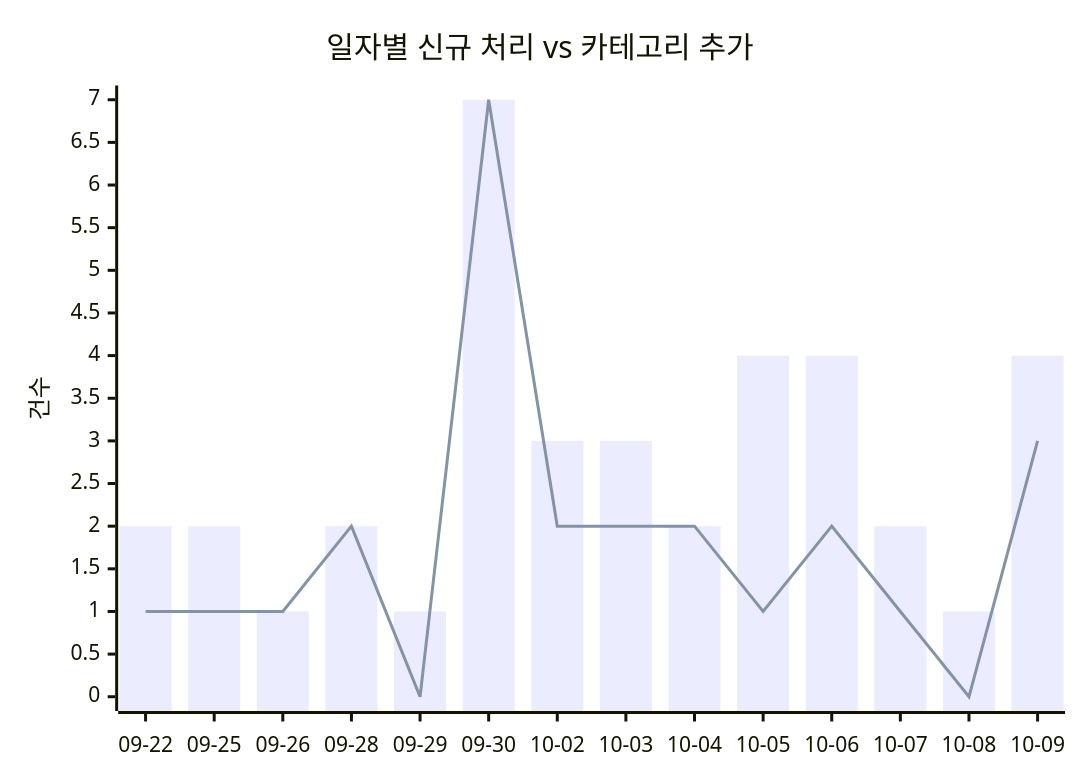
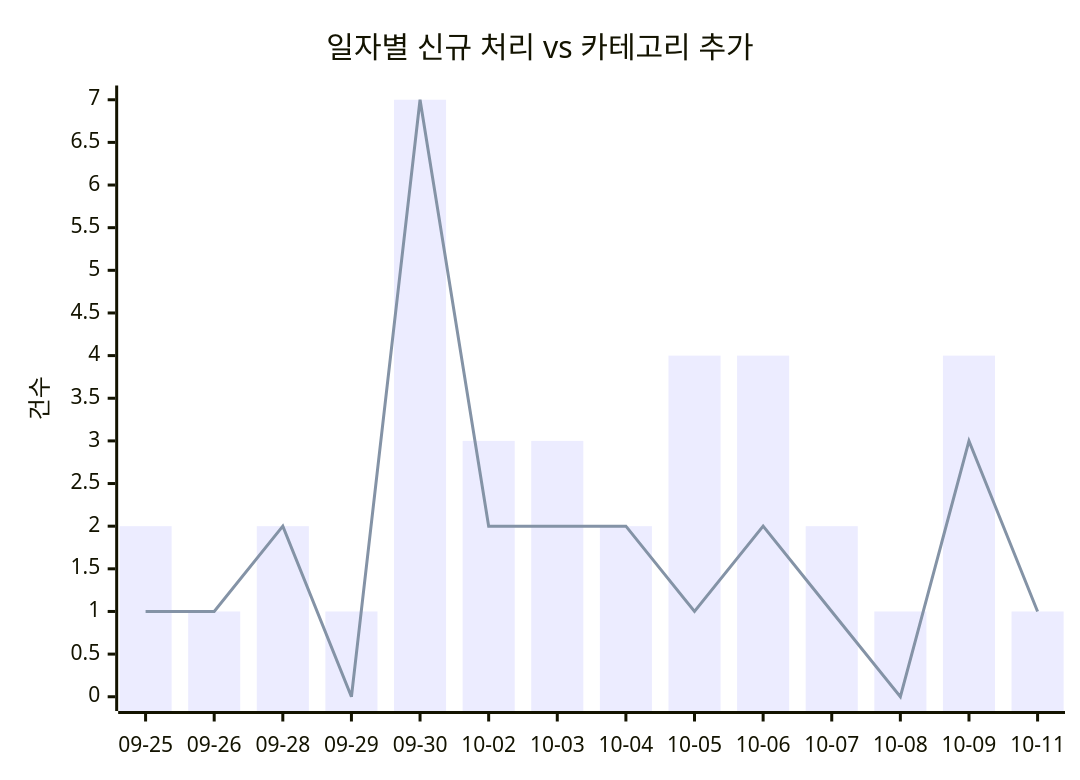
Before and after one commit to J-nowcow/awesome-korean-agent-skills: the first of 2 diagrams in docs/trends.md, drawn with Mermaid. The commit also changed other lines of this file and 3 other files, not shown here.

````diff
--- a/docs/trends.md
+++ b/docs/trends.md
@@ -32,8 +32,8 @@
 ```mermaid
 xychart-beta
     title "일자별 신규 처리 vs 카테고리 추가"
-    x-axis ["09-22","09-25","09-26","09-28","09-29","09-30","10-02","10-03","10-04","10-05","10-06","10-07","10-08","10-09"]
+    x-axis ["09-25","09-26","09-28","09-29","09-30","10-02","10-03","10-04","10-05","10-06","10-07","10-08","10-09","10-11"]
     y-axis "건수"
-    bar [2,2,1,2,1,7,3,3,2,4,4,2,1,4]
-    line [1,1,1,2,0,7,2,2,2,1,2,1,0,3]
+    bar [2,1,2,1,7,3,3,2,4,4,2,1,4,1]
+    line [1,1,2,0,7,2,2,2,1,2,1,0,3,1]
 ```
````
